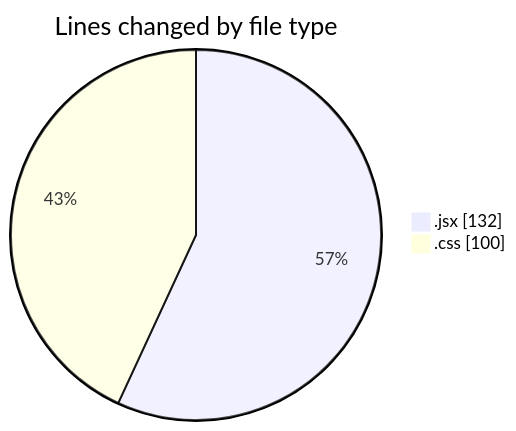
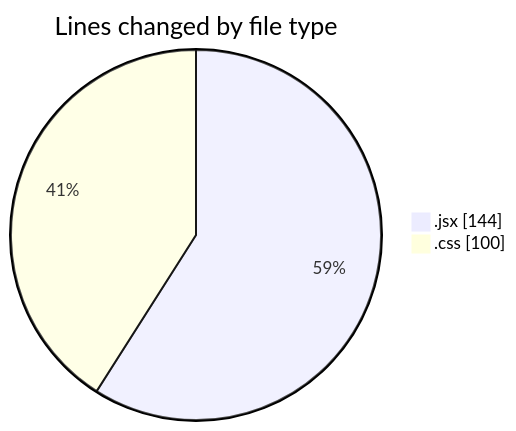
Before and after one commit to Elitesun/code-tracking: the first of 2 diagrams in 2025-03-08/elitesgpt/README.md, drawn with Mermaid. The commit also changed other lines of this file and 1 other file, not shown here.

````diff
--- a/2025-03-08/elitesgpt/README.md
+++ b/2025-03-08/elitesgpt/README.md
@@ -21,6 +22,6 @@
 ```mermaid
 pie showData
 title Lines changed by file type
-".jsx" : 132
+".jsx" : 144
 ".css" : 100
 ```
````
